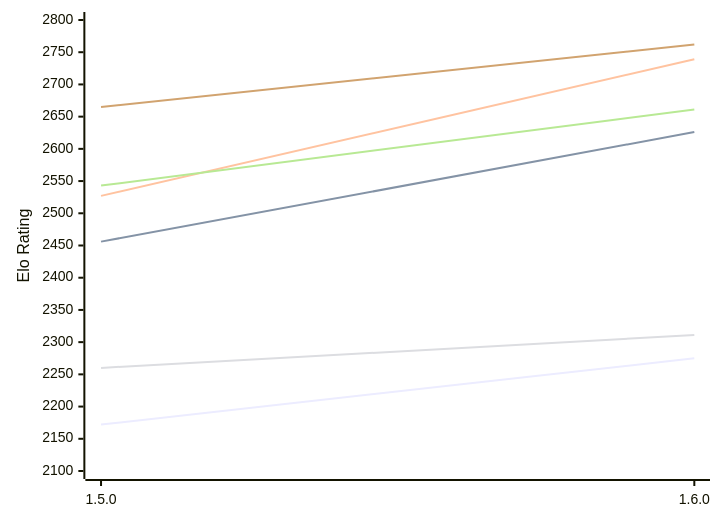
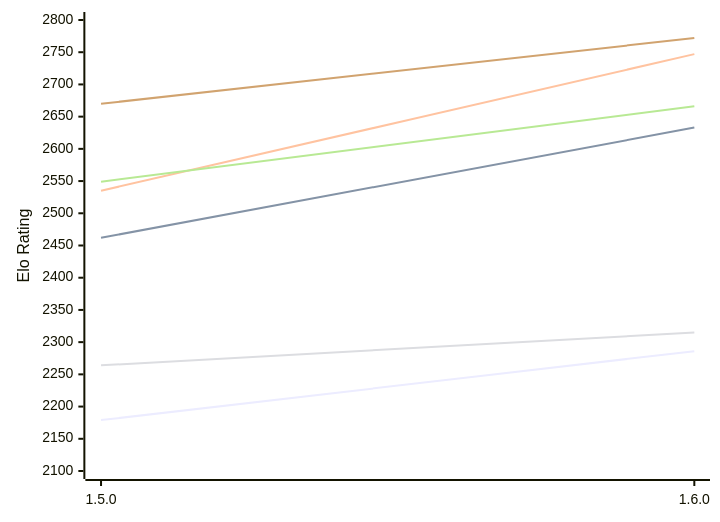
Before and after one commit to computer-chess-index/cci: the first of 2 diagrams in engines/Tofiks.md, drawn with Mermaid. The commit also changed other lines of this file, not shown here.

Commit message:
Update CCI Ratings (ELO VLTC) - 2026-11-03

````diff
--- a/engines/Tofiks.md
+++ b/engines/Tofiks.md
@@ -51,12 +51,12 @@
 ```mermaid
 %%{init: {"theme":"base","themeVariables":{"seriesColors:['#a3a3a3','#222221','#faa371']}}}%%
 xychart-beta
   x-axis ["1.5.0", "1.6.0"]
   y-axis "Elo Rating" 2100 --> 2800
-  line "E1: STC (8.0+0.08s)" [2172, 2275]
-  line "E1: LTC (60.0+0.60s)" [2456, 2626]
-  line "E1: VLTC (2m24s+1.12s)" [2527, 2739]
-  line "P1: STC (8.0+0.08s)" [2260, 2311]
-  line "P1: LTC (60.0+0.60s)" [2543, 2661]
-  line "P1: VLTC (2m24s+1.12s)" [2665, 2762]
+  line "E1: STC (8.0+0.08s)" [2179, 2286]
+  line "E1: LTC (60.0+0.60s)" [2462, 2633]
+  line "E1: VLTC (2m24s+1.12s)" [2535, 2747]
+  line "P1: STC (8.0+0.08s)" [2264, 2315]
+  line "P1: LTC (60.0+0.60s)" [2549, 2666]
+  line "P1: VLTC (2m24s+1.12s)" [2670, 2772]
 ```
````
